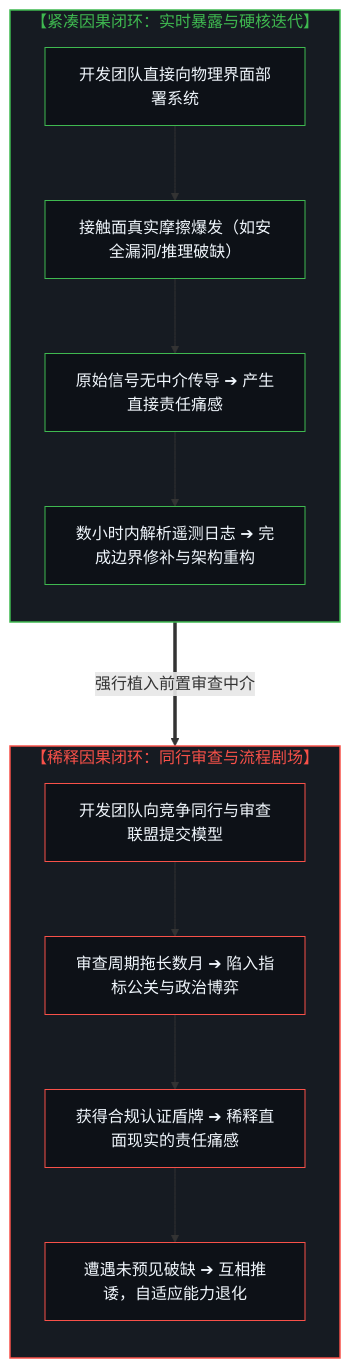
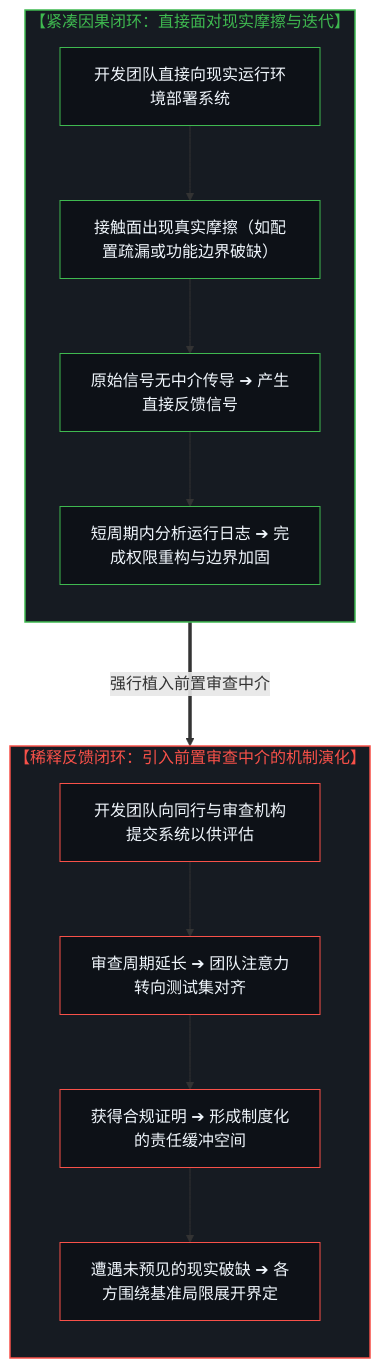
One commit to powerpig99/not-a-toe changed the second of 5 diagrams in content/posts/the-dilution-of-the-causal-loop-and-the-misallocation-of-agency.md. Above: the diagram before and after it, drawn with Mermaid. The commit also changed other lines of this file and 4 other files, not shown here.

````diff
--- a/content/posts/the-dilution-of-the-causal-loop-and-the-misallocation-of-agency.md
+++ b/content/posts/the-dilution-of-the-causal-loop-and-the-misallocation-of-agency.md
@@ -78,33 +90,33 @@
 ```mermaid
 graph TD
-    subgraph S_TightLoop["【紧凑因果闭环：实时暴露与硬核迭代】"]
+    subgraph S_TightLoop["【紧凑因果闭环：直接面对现实摩擦与迭代】"]
         direction TB
-        T1["开发团队直接向物理界面部署系统"]
-        T2["接触面真实摩擦爆发（如安全漏洞/推理破缺）"]
-        T3["原始信号无中介传导 ➔ 产生直接责任痛感"]
-        T4["数小时内解析遥测日志 ➔ 完成边界修补与架构重构"]
+        T1["开发团队直接向现实运行环境部署系统"]
+        T2["接触面出现真实摩擦（如配置疏漏或功能边界破缺）"]
+        T3["原始信号无中介传导 ➔ 产生直接反馈信号"]
+        T4["短周期内分析运行日志 ➔ 完成权限重构与边界加固"]
         T1 --> T2 --> T3 --> T4
     end
 
-    subgraph S_DilutedLoop["【稀释因果闭环：同行审查与流程剧场】"]
+    subgraph S_DilutedLoop["【稀释反馈闭环：引入前置审查中介的机制演化】"]
         direction TB
-        D1["开发团队向竞争同行与审查联盟提交模型"]
-        D2["审查周期拖长数月 ➔ 陷入指标公关与政治博弈"]
-        D3["获得合规认证盾牌 ➔ 稀释直面现实的责任痛感"]
-        D4["遭遇未预见破缺 ➔ 互相推诿，自适应能力退化"]
+        D1["开发团队向同行与审查机构提交系统以供评估"]
+        D2["审查周期延长 ➔ 团队注意力转向测试集对齐"]
+        D3["获得合规证明 ➔ 形成制度化的责任缓冲空间"]
+        D4["遭遇未预见的现实破缺 ➔ 各方围绕基准局限展开界定"]
         D1 --> D2 --> D3 --> D4
     end
 
     S_TightLoop ===>|"强行植入前置审查中介"| S_DilutedLoop
 
     style S_TightLoop fill:#161b22,stroke:#3fb950,stroke-width:1.5px,color:#3fb950
     style S_DilutedLoop fill:#161b22,stroke:#f85149,stroke-width:1.5px,color:#f85149
     style T1 fill:#0d1117,stroke:#3fb950,stroke-width:1px,color:#f0f6fc
     style T2 fill:#0d1117,stroke:#3fb950,stroke-width:1px,color:#f0f6fc
     style T3 fill:#0d1117,stroke:#3fb950,stroke-width:1px,color:#f0f6fc
     style T4 fill:#0d1117,stroke:#3fb950,stroke-width:1px,color:#f0f6fc
     style D1 fill:#0d1117,stroke:#f85149,stroke-width:1px,color:#f0f6fc
     style D2 fill:#0d1117,stroke:#f85149,stroke-width:1px,color:#f0f6fc
     style D3 fill:#0d1117,stroke:#f85149,stroke-width:1px,color:#f0f6fc
     style D4 fill:#0d1117,stroke:#f85149,stroke-width:1px,color:#f0f6fc
 ```
````
